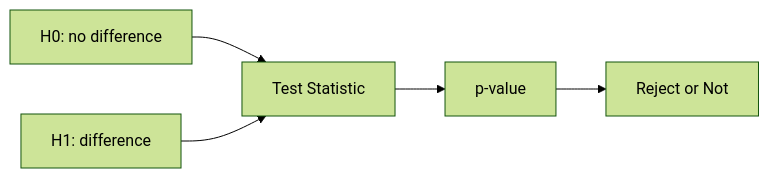
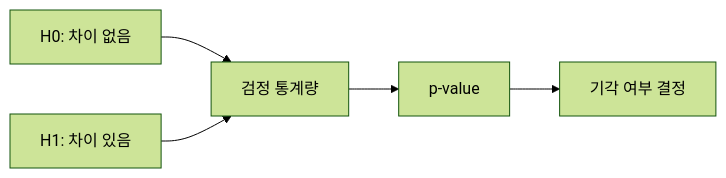
Before and after one commit to yeongseon-books/book-content: the diagram in content/statistics-101/ko/07-hypothesis-testing.md, drawn with Mermaid (forest theme). The commit also changed other lines of this file and 3 other files, not shown here.

````diff
--- a/content/statistics-101/ko/07-hypothesis-testing.md
+++ b/content/statistics-101/ko/07-hypothesis-testing.md
@@ -35,7 +48,7 @@
 ```mermaid
 flowchart LR
-    H0["H0: no difference"] --> Test["Test Statistic"]
-    H1["H1: difference"] --> Test
+    H0["H0: 차이 없음"] --> Test["검정 통계량"]
+    H1["H1: 차이 있음"] --> Test
     Test --> Pvalue["p-value"]
-    Pvalue --> Decide["Reject or Not"]
+    Pvalue --> Decide["기각 여부 결정"]
 ```
````
